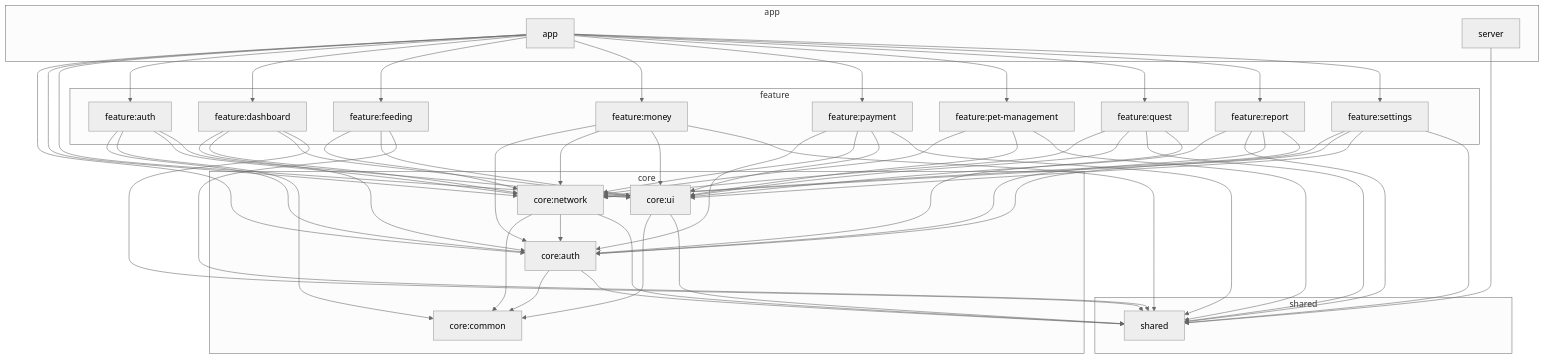
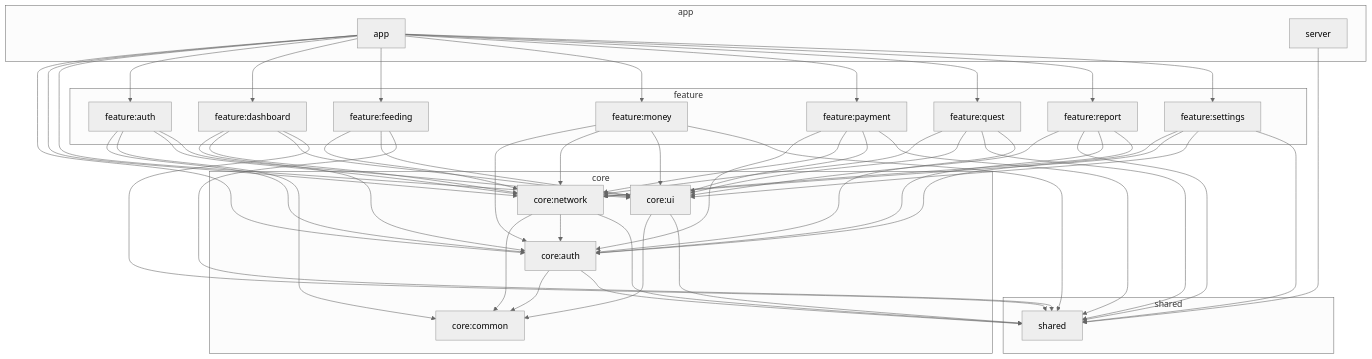
Before and after one commit to ptkNktq/CrabShell: the diagram in README.md, drawn with Mermaid (neutral theme). The commit also changed other lines of this file and 26 other files, not shown here.

```diff
--- a/README.md
+++ b/README.md
@@ -51,7 +51,6 @@
     FF[feature:feeding]
     FM[feature:money]
     FP[feature:payment]
-    FPM[feature:pet-management]
     FQ[feature:quest]
     FR[feature:report]
     FS[feature:settings]
@@ -89,9 +88,6 @@
   FP --> CN
   FP --> CU
   FP --> S
-  FPM --> CN
-  FPM --> CU
-  FPM --> S
   FQ --> CN
   FQ --> CU
   FQ --> S
@@ -113,7 +109,6 @@
   WF --> FF
   WF --> FM
   WF --> FP
-  WF --> FPM
   WF --> FQ
   WF --> FR
   WF --> FS
```
